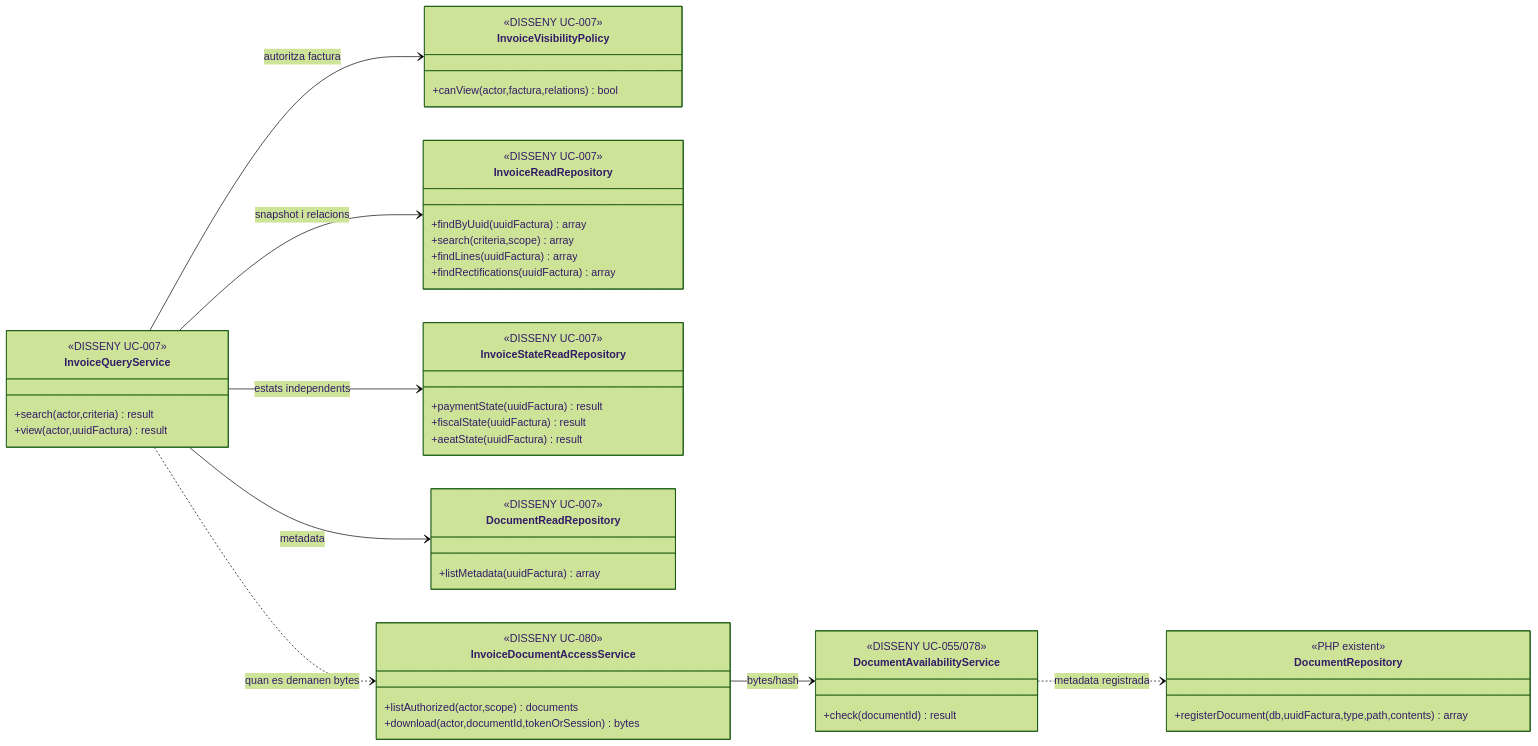
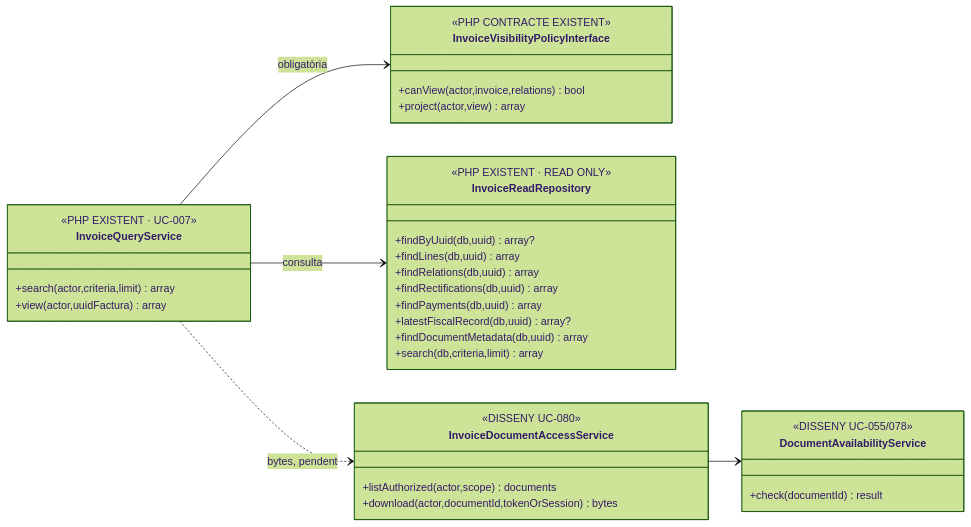
The third of 4 diagrams in documentacio/07-uml-integrat/uc-007-consultar-factura-estat-document.md (orgmeriemprismacat-del/verifactu), drawn with Mermaid (forest theme) before and after one commit. The commit also changed other lines of this file, not shown here.

Commit message:
docs(uc-007): alinear UML amb nucli PHP implementat

````diff
--- a/documentacio/07-uml-integrat/uc-007-consultar-factura-estat-document.md
+++ b/documentacio/07-uml-integrat/uc-007-consultar-factura-estat-document.md
@@ -119,50 +117,38 @@
-~~~mermaid
+```mermaid
 classDiagram
 direction LR
 class InvoiceQueryService {
- <<DISSENY UC-007>>
- +search(actor,criteria) result
- +view(actor,uuidFactura) result
+ <<PHP EXISTENT · UC-007>>
+ +search(actor,criteria,limit) array
+ +view(actor,uuidFactura) array
 }
-class InvoiceVisibilityPolicy {
- <<DISSENY UC-007>>
- +canView(actor,factura,relations) bool
+class InvoiceVisibilityPolicyInterface {
+ <<PHP CONTRACTE EXISTENT>>
+ +canView(actor,invoice,relations) bool
+ +project(actor,view) array
 }
 class InvoiceReadRepository {
- <<DISSENY UC-007>>
- +findByUuid(uuidFactura) array
- +search(criteria,scope) array
- +findLines(uuidFactura) array
- +findRectifications(uuidFactura) array
-}
-class InvoiceStateReadRepository {
- <<DISSENY UC-007>>
- +paymentState(uuidFactura) result
- +fiscalState(uuidFactura) result
- +aeatState(uuidFactura) result
-}
-class DocumentReadRepository {
- <<DISSENY UC-007>>
- +listMetadata(uuidFactura) array
+ <<PHP EXISTENT · READ ONLY>>
+ +findByUuid(db,uuid) array?
+ +findLines(db,uuid) array
+ +findRelations(db,uuid) array
+ +findRectifications(db,uuid) array
+ +findPayments(db,uuid) array
+ +latestFiscalRecord(db,uuid) array?
+ +findDocumentMetadata(db,uuid) array
+ +search(db,criteria,limit) array
 }
 class InvoiceDocumentAccessService {
  <<DISSENY UC-080>>
  +listAuthorized(actor,scope) documents
  +download(actor,documentId,tokenOrSession) bytes
 }
 class DocumentAvailabilityService {
  <<DISSENY UC-055/078>>
  +check(documentId) result
 }
-class DocumentRepository {
- <<PHP existent>>
- +registerDocument(db,uuidFactura,type,path,contents) array
-}
-InvoiceQueryService --> InvoiceVisibilityPolicy : autoritza factura
-InvoiceQueryService --> InvoiceReadRepository : snapshot i relacions
-InvoiceQueryService --> InvoiceStateReadRepository : estats independents
-InvoiceQueryService --> DocumentReadRepository : metadata
-InvoiceDocumentAccessService --> DocumentAvailabilityService : bytes/hash
-DocumentAvailabilityService ..> DocumentRepository : metadata registrada
-InvoiceQueryService ..> InvoiceDocumentAccessService : quan es demanen bytes
-~~~
+InvoiceQueryService --> InvoiceVisibilityPolicyInterface : obligatòria
+InvoiceQueryService --> InvoiceReadRepository : consulta
+InvoiceQueryService ..> InvoiceDocumentAccessService : bytes, pendent
+InvoiceDocumentAccessService --> DocumentAvailabilityService
+```
````
